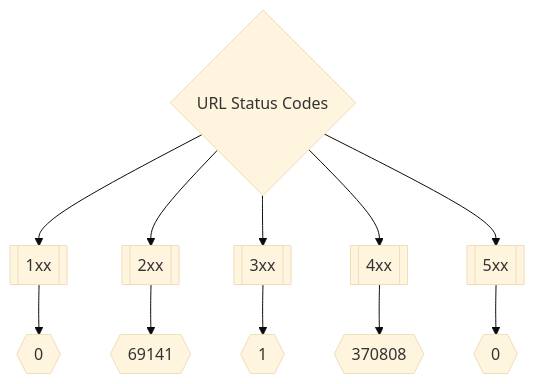
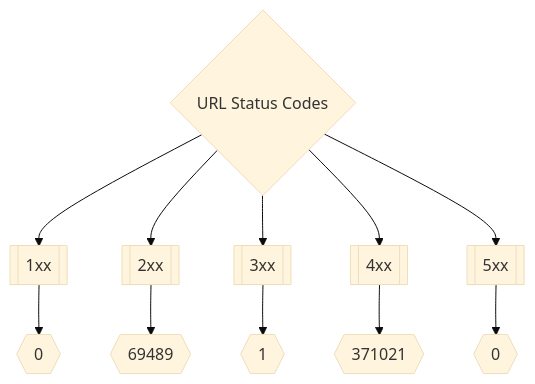
Before and after one commit to trickest/inventory: the second of 3 diagrams in README.md, drawn with Mermaid (base theme). The commit also changed other lines of this file, not shown here.

Commit message:
Update Thu Apr 28 02:04:32 UTC 2022

````diff
--- a/README.md
+++ b/README.md
@@ -173,8 +173,8 @@
 ```mermaid
 graph TD
 title{URL Status Codes} --> 1xx[[1xx]] --> status1xxNum{{0}}
-title --> 2xx[[2xx]] --> status2xxNum{{69141}}
+title --> 2xx[[2xx]] --> status2xxNum{{69489}}
 title --> 3xx[[3xx]] --> status3xxNum{{1}}
-title --> 4xx[[4xx]] --> status4xxNum{{370808}}
+title --> 4xx[[4xx]] --> status4xxNum{{371021}}
 title --> 5xx[[5xx]] --> status5xxNum{{0}}
 ```
````
